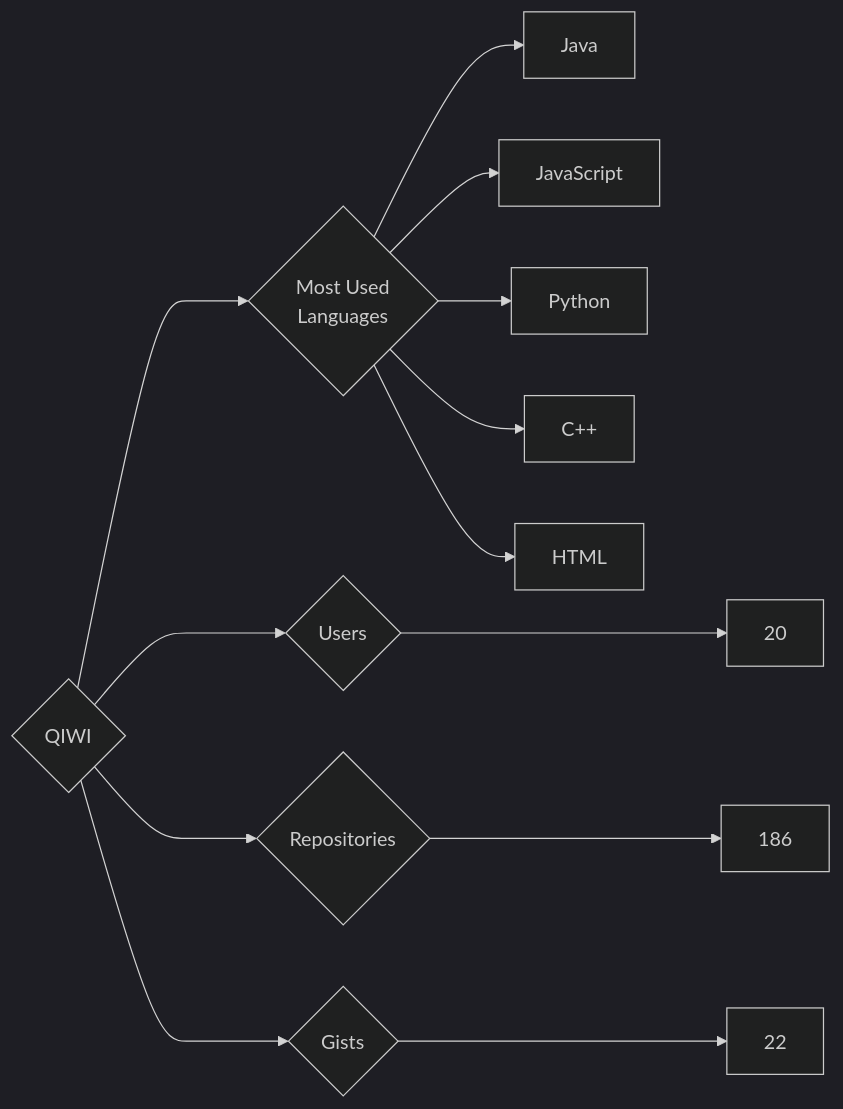
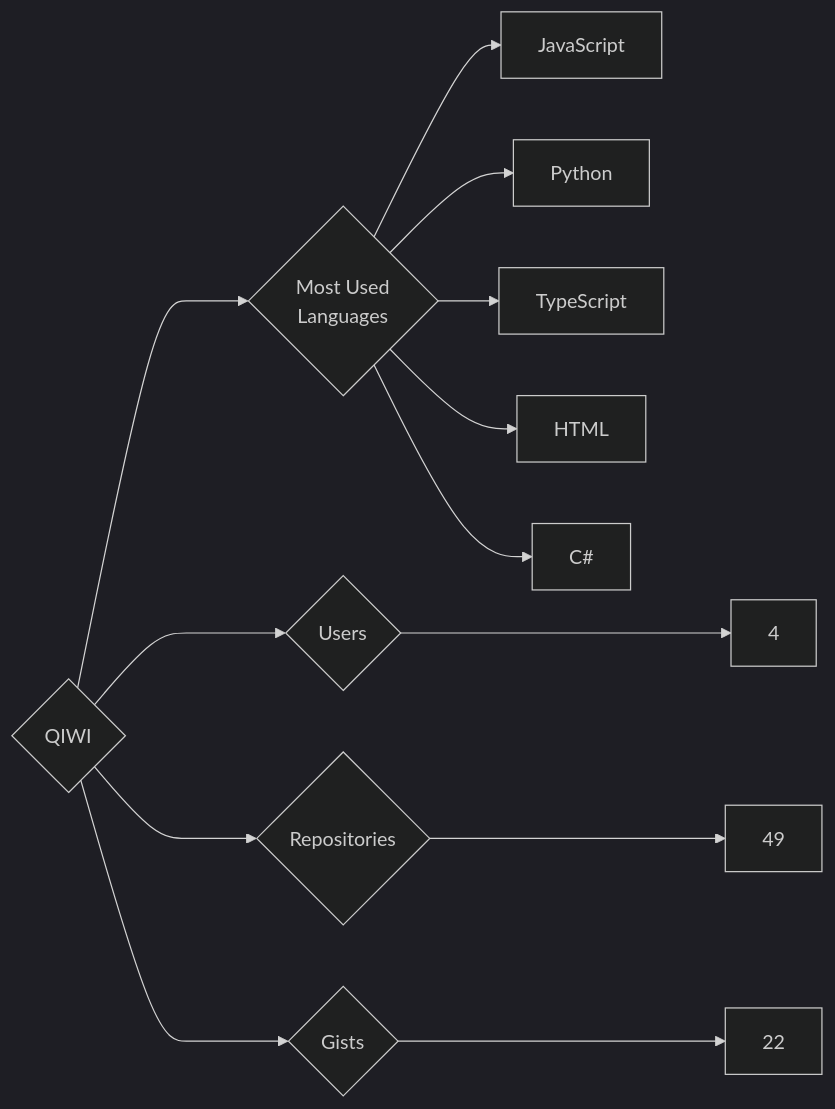
One commit to trickest/insiders changed the diagram in targets/QIWI/README.md. Above: the diagram before and after it, drawn with Mermaid (dark theme). The commit also changed 725 other files, not shown here.

````diff
--- a/targets/QIWI/README.md
+++ b/targets/QIWI/README.md
@@ -3,13 +3,13 @@
 ```mermaid
 graph LR
 COMPANY_NAME{QIWI}
-COMPANY_NAME ---> U{Users} ---> UN[20]
-COMPANY_NAME ---> R{Repositories} ---> RN[186]
+COMPANY_NAME ---> U{Users} ---> UN[4]
+COMPANY_NAME ---> R{Repositories} ---> RN[49]
 COMPANY_NAME ---> G{Gists} ---> GN[22]
 COMPANY_NAME ---> ML{Most Used<br>Languages}
-ML --> Java[Java]
 ML --> JavaScript[JavaScript]
 ML --> Python[Python]
-ML --> C++[C++]
+ML --> TypeScript[TypeScript]
 ML --> HTML[HTML]
+ML --> C#[C#]
 ```
````
